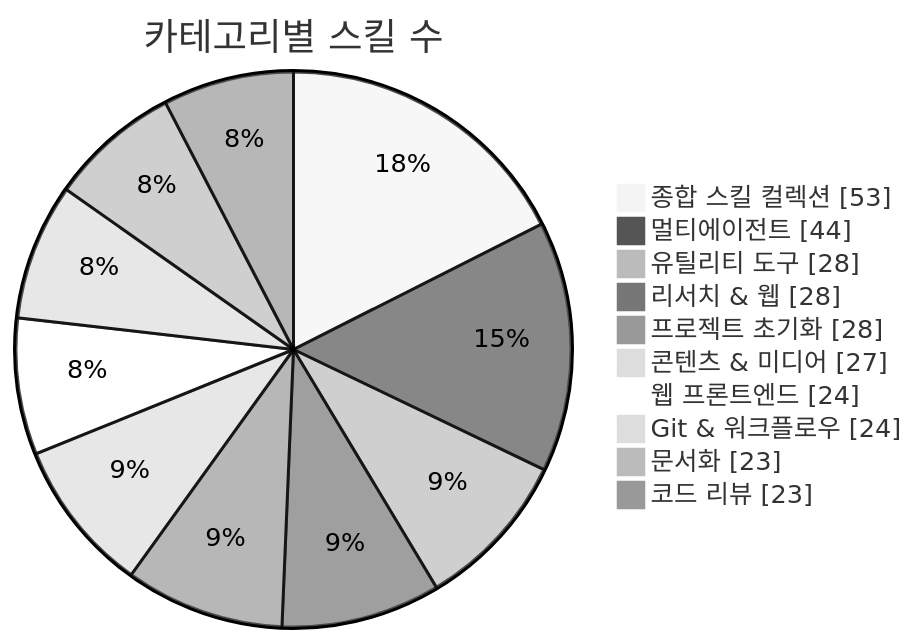
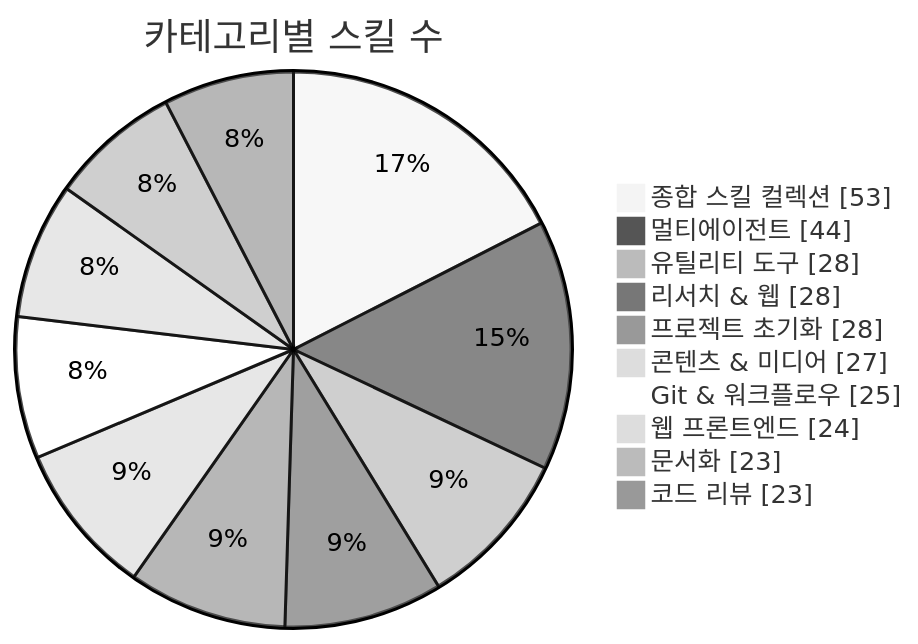
Before and after one commit to J-nowcow/awesome-korean-agent-skills: the first of 3 diagrams in README.md, drawn with Mermaid (neutral theme). The commit also changed other lines of this file and 4 other files, not shown here.

````diff
--- a/README.md
+++ b/README.md
@@ -176,14 +176,14 @@
 ```mermaid
 pie showData
     title 카테고리별 스킬 수
     "종합 스킬 컬렉션" : 53
     "멀티에이전트" : 44
     "유틸리티 도구" : 28
     "리서치 & 웹" : 28
     "프로젝트 초기화" : 28
     "콘텐츠 & 미디어" : 27
+    "Git & 워크플로우" : 25
     "웹 프론트엔드" : 24
-    "Git & 워크플로우" : 24
     "문서화" : 23
     "코드 리뷰" : 23
 ```
````
